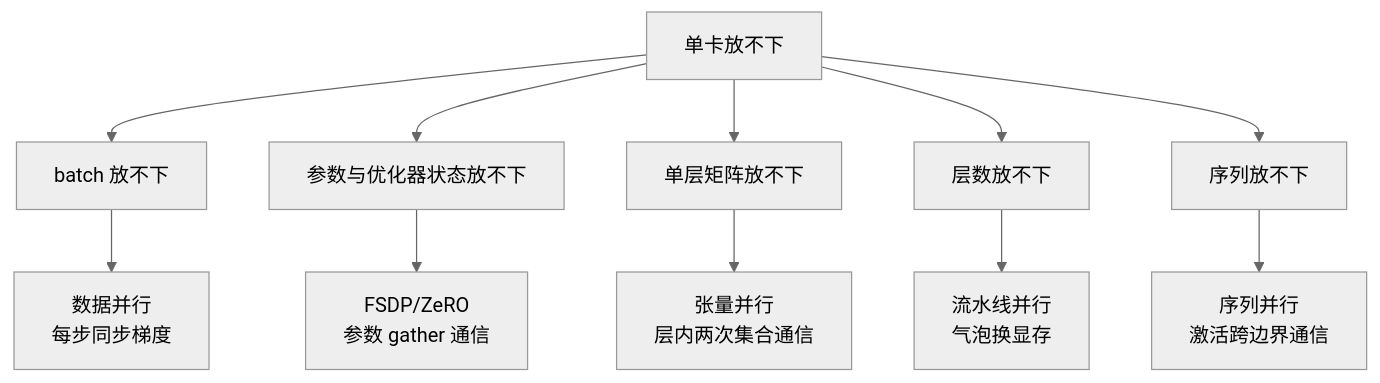
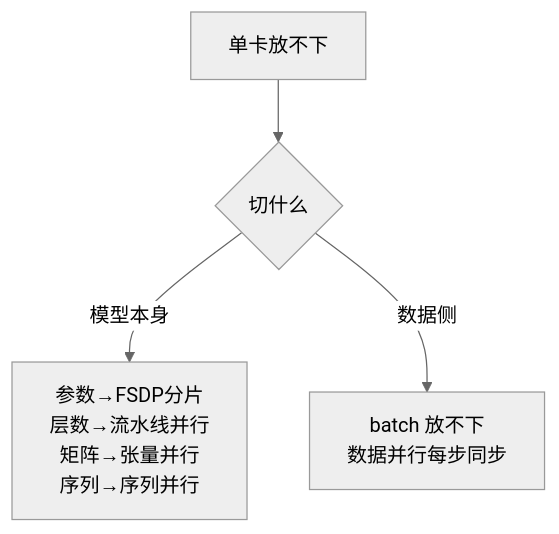
One commit to hub138/technical-knowledge changed the diagram in vault/工程知识/AI 系统工程：从模型能力到生产能力/模型基础与训练/分布式训练与并行策略如何切分模型.md. Above: the diagram before and after it, drawn with Mermaid (neutral theme). The commit also changed other lines of this file and 622 other files, not shown here.

````diff
--- a/vault/工程知识/AI 系统工程：从模型能力到生产能力/模型基础与训练/分布式训练与并行策略如何切分模型.md
+++ b/vault/工程知识/AI 系统工程：从模型能力到生产能力/模型基础与训练/分布式训练与并行策略如何切分模型.md
@@ -51,13 +51,6 @@
 ```mermaid
 graph TD
-    A[单卡放不下] --> B[batch 放不下]
-    A --> C[参数与优化器状态放不下]
-    A --> D[单层矩阵放不下]
-    A --> E[层数放不下]
-    A --> F[序列放不下]
-    B --> B1[数据并行<br/>每步同步梯度]
-    C --> C1[FSDP/ZeRO<br/>参数 gather 通信]
-    D --> D1[张量并行<br/>层内两次集合通信]
-    E --> E1[流水线并行<br/>气泡换显存]
-    F --> F1[序列并行<br/>激活跨边界通信]
+    A[单卡放不下] --> B{切什么}
+    B -->|模型本身| C[参数→FSDP分片<br/>层数→流水线并行<br/>矩阵→张量并行<br/>序列→序列并行]
+    B -->|数据侧| D[batch 放不下<br/>数据并行每步同步]
 ```
````
